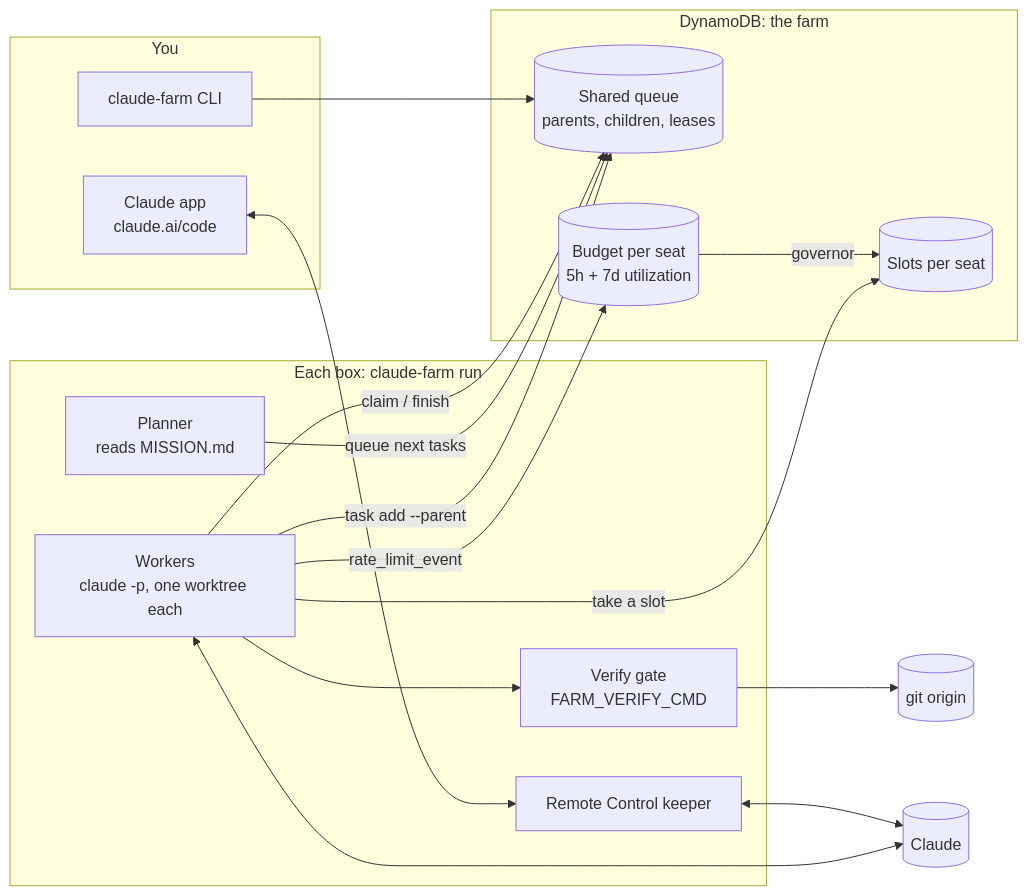
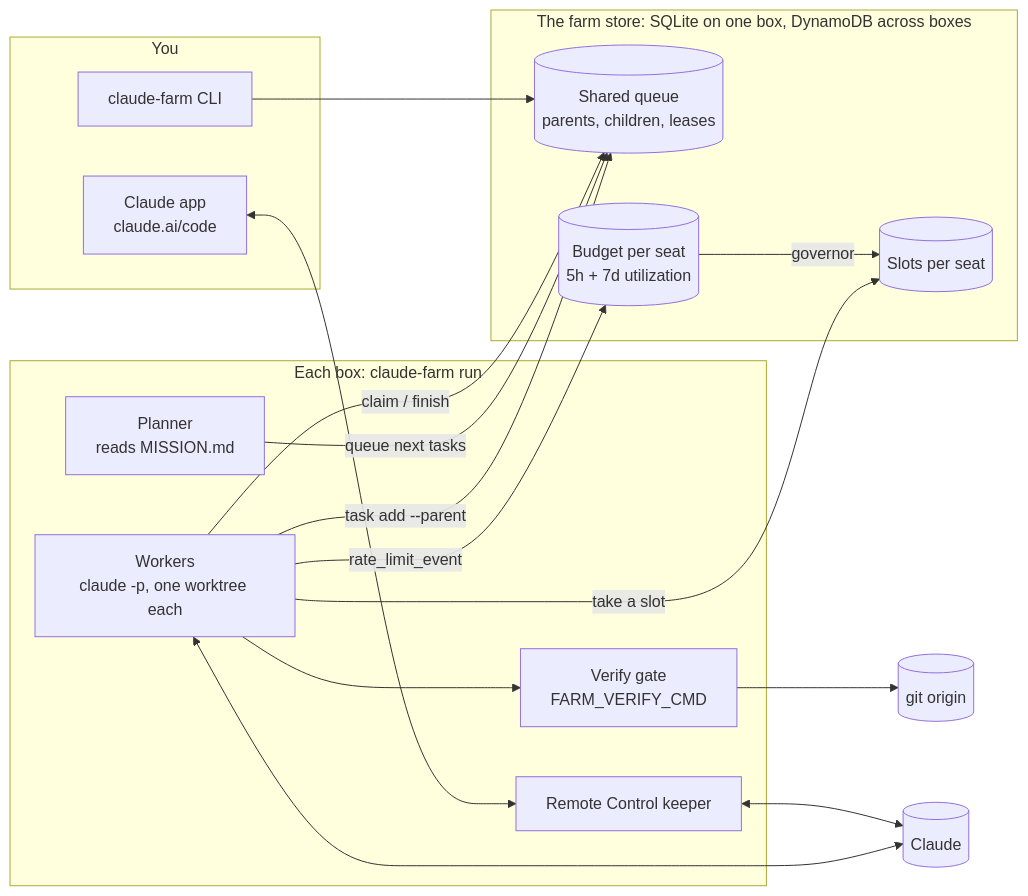
Before and after one commit to matank001/clodfarm: the diagram in README.md, drawn with Mermaid. The commit also changed other lines of this file and 16 other files, not shown here.

First line of the commit message:
Frictionless start: built-in SQLite store (DynamoDB only for multi-box), one-line installer, optional .env, claude-farm mission / FARM_MISSION, single-container compose

````diff
--- a/README.md
+++ b/README.md
@@ -162,31 +178,31 @@
 ```mermaid
 flowchart LR
   subgraph you[You]
     app[Claude app<br/>claude.ai/code]
     cli[claude-farm CLI]
   end
   subgraph box[Each box: claude-farm run]
     rc[Remote Control keeper]
     w[Workers<br/>claude -p, one worktree each]
     plan[Planner<br/>reads MISSION.md]
     gate[Verify gate<br/>FARM_VERIFY_CMD]
   end
-  subgraph ddb[DynamoDB: the farm]
+  subgraph ddb[The farm store: SQLite on one box, DynamoDB across boxes]
     q[(Shared queue<br/>parents, children, leases)]
     b[(Budget per seat<br/>5h + 7d utilization)]
     s[(Slots per seat)]
   end
   origin[(git origin)]
   claude[(Claude)]
 
   app <--> rc
   cli --> q
   w -- claim / finish --> q
   plan -- queue next tasks --> q
   w -- "task add --parent" --> q
   w -- rate_limit_event --> b
   b -- governor --> s
   w -- take a slot --> s
   w --> gate --> origin
   rc & w <--> claude
 ```
````
